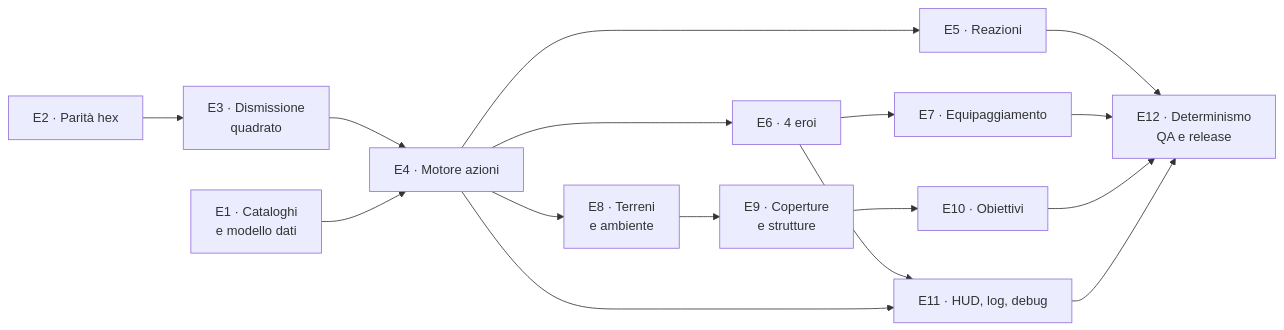
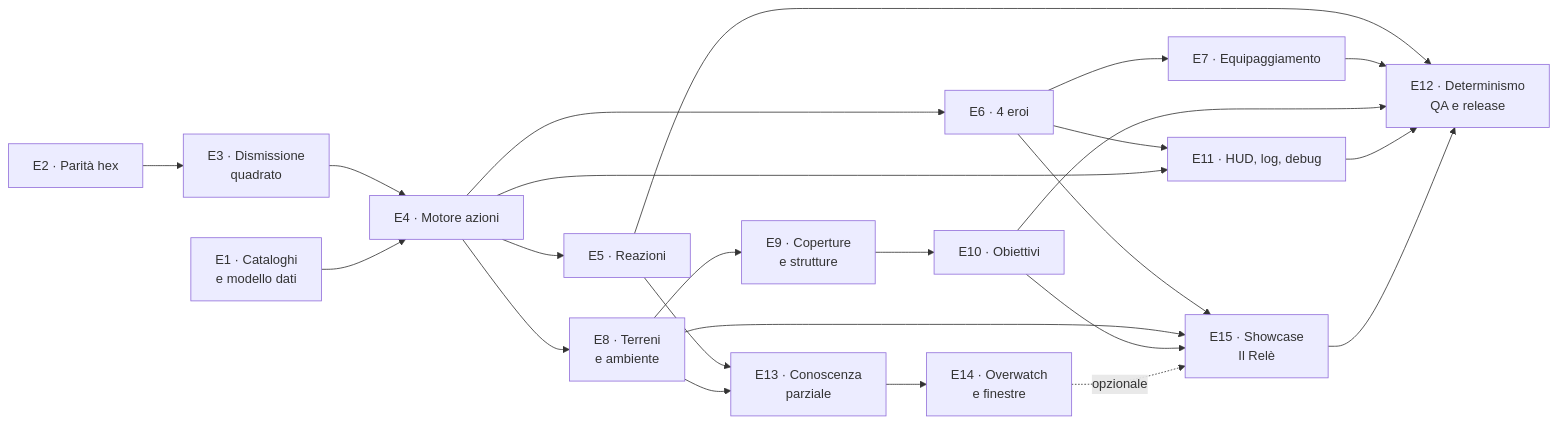
Before and after one commit to DegrassiAaron/refactor-tactics-main: the first of 2 diagrams in docs/design/roadmap-v0.1.md, drawn with Mermaid. The commit also changed other lines of this file and 5 other files, not shown here.

First line of the commit message:
docs(roadmap): consolida showcase v0.1 e planning visuale in roadmap e issue

````diff
--- a/docs/design/roadmap-v0.1.md
+++ b/docs/design/roadmap-v0.1.md
@@ -163,27 +190,37 @@
 ```mermaid
 flowchart LR
     E1[E1 · Cataloghi<br/>e modello dati]
     E2[E2 · Parità hex]
     E3[E3 · Dismissione<br/>quadrato]
     E4[E4 · Motore azioni]
     E5[E5 · Reazioni]
     E6[E6 · 4 eroi]
     E7[E7 · Equipaggiamento]
     E8[E8 · Terreni<br/>e ambiente]
     E9[E9 · Coperture<br/>e strutture]
     E10[E10 · Obiettivi]
     E11[E11 · HUD, log, debug]
     E12[E12 · Determinismo<br/>QA e release]
+    E13[E13 · Conoscenza<br/>parziale]
+    E14[E14 · Overwatch<br/>e finestre]
+    E15[E15 · Showcase<br/>Il Relè]
 
     E2 --> E3 --> E4
     E1 --> E4
     E4 --> E5
     E4 --> E6 --> E7
     E4 --> E8 --> E9 --> E10
     E6 --> E11
     E4 --> E11
     E5 --> E12
     E7 --> E12
     E10 --> E12
     E11 --> E12
+    E5 --> E13
+    E8 --> E13 --> E14
+    E6 --> E15
+    E8 --> E15
+    E10 --> E15
+    E14 -.opzionale.-> E15
+    E15 --> E12
 ```
````
